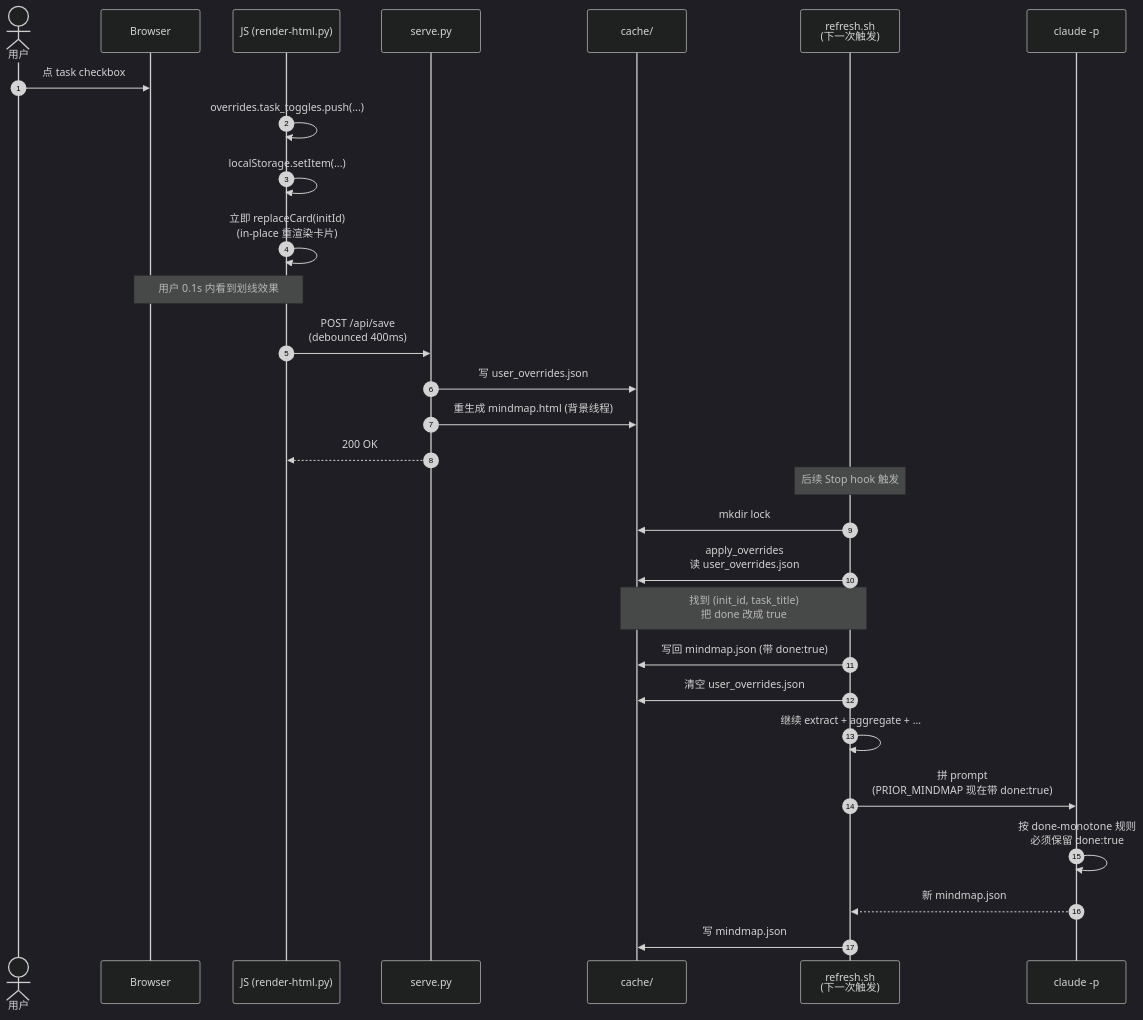
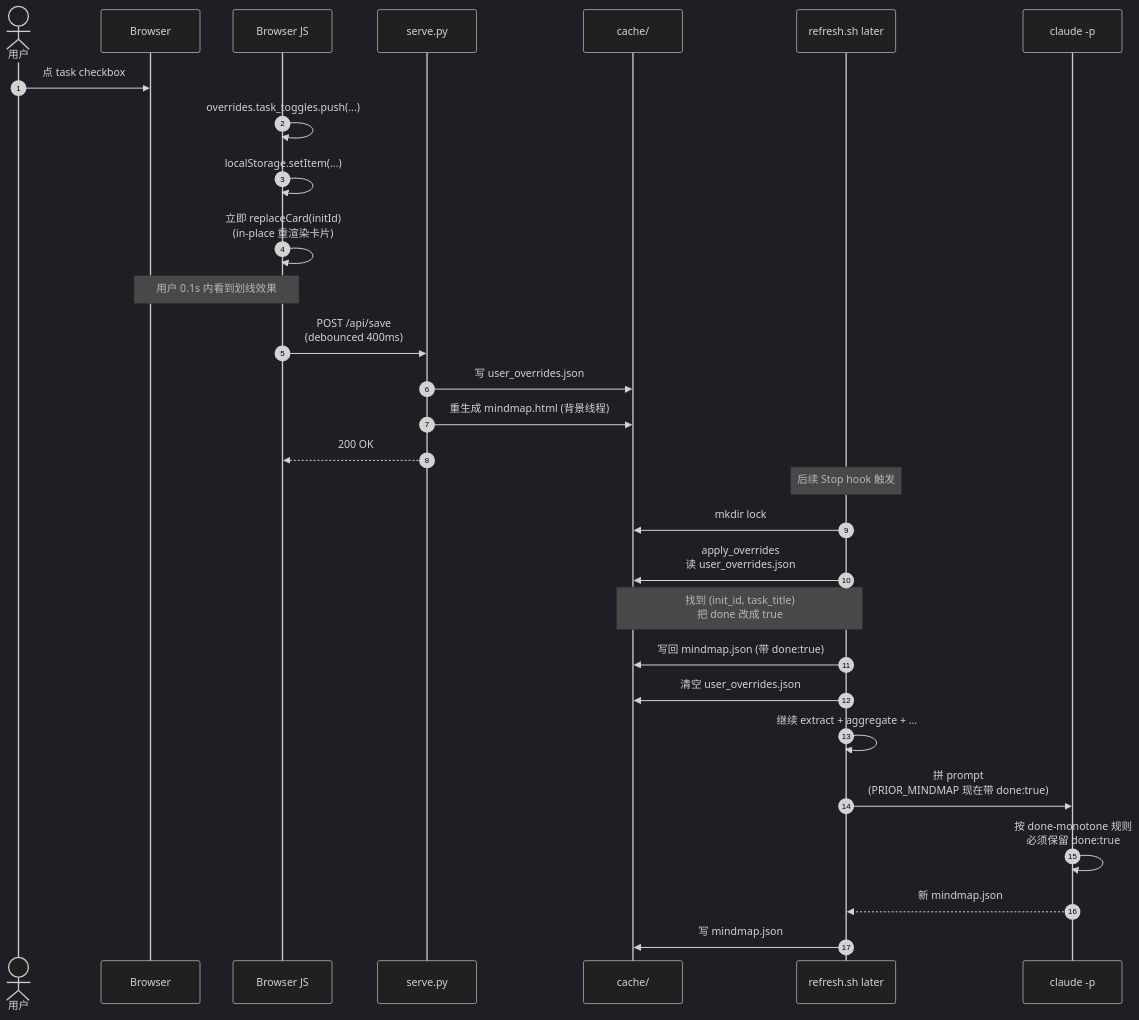
One commit to Icesource/claude-code-worktree changed the seventh of 11 diagrams in docs/zh-CN/ARCHITECTURE.md. Above: the diagram before and after it, drawn with Mermaid (dark theme). The commit also changed other lines of this file and 1 other file, not shown here.

First line of the commit message:
Fix Mermaid syntax errors in ARCHITECTURE diagrams

````diff
--- a/docs/zh-CN/ARCHITECTURE.md
+++ b/docs/zh-CN/ARCHITECTURE.md
@@ -565,33 +565,33 @@
 ```mermaid
 sequenceDiagram
     autonumber
     actor U as 用户
     participant B as Browser
-    participant J as JS (render-html.py)
+    participant J as Browser JS
     participant S as serve.py
     participant FS as cache/
-    participant R as refresh.sh<br/>(下一次触发)
+    participant R as refresh.sh later
     participant AI as claude -p
 
     U->>B: 点 task checkbox
     J->>J: overrides.task_toggles.push(...)
     J->>J: localStorage.setItem(...)
     J->>J: 立即 replaceCard(initId)<br/>(in-place 重渲染卡片)
     Note over J,B: 用户 0.1s 内看到划线效果
     J->>S: POST /api/save<br/>(debounced 400ms)
     S->>FS: 写 user_overrides.json
     S->>FS: 重生成 mindmap.html (背景线程)
     S-->>J: 200 OK
 
     Note over R: 后续 Stop hook 触发
     R->>FS: mkdir lock
     R->>FS: apply_overrides<br/>读 user_overrides.json
     Note over R,FS: 找到 (init_id, task_title)<br/>把 done 改成 true
     R->>FS: 写回 mindmap.json (带 done:true)
     R->>FS: 清空 user_overrides.json
     R->>R: 继续 extract + aggregate + ...
     R->>AI: 拼 prompt<br/>(PRIOR_MINDMAP 现在带 done:true)
     AI->>AI: 按 done-monotone 规则<br/>必须保留 done:true
     AI-->>R: 新 mindmap.json
     R->>FS: 写 mindmap.json
 ```
````
